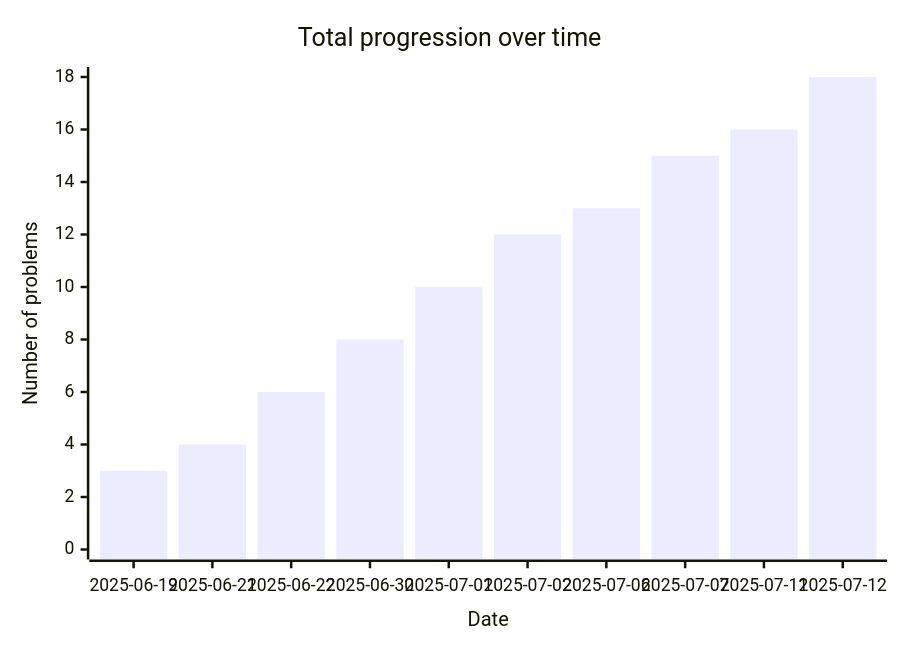
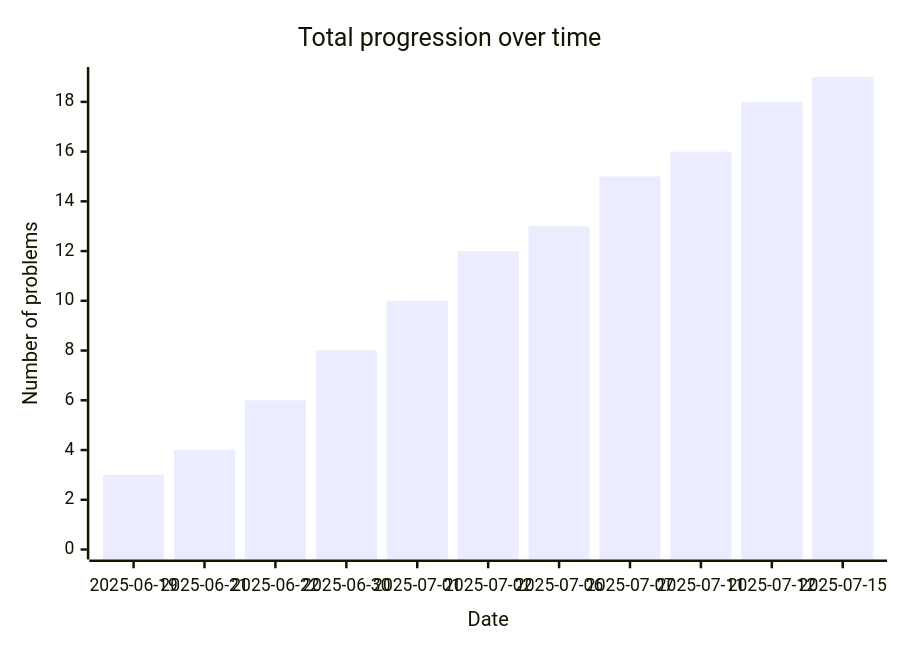
One commit to Hugo-Hbrt/leetcode-diary changed the diagram in README.md. Above: the diagram before and after it, drawn with Mermaid. The commit also changed other lines of this file and 1 other file, not shown here.

Commit message:
[BOT] Update README files

````diff
--- a/README.md
+++ b/README.md
@@ -14,10 +14,10 @@
 ```mermaid
 ---
 config:
 ---
 xychart-beta
     title "Total progression over time"
-    x-axis Date[2025-06-19, 2025-06-21, 2025-06-22, 2025-06-30, 2025-07-01, 2025-07-02, 2025-07-06, 2025-07-07, 2025-07-11, 2025-07-12]
-    y-axis "Number of problems" 0 --> 18
-    bar[3, 4, 6, 8, 10, 12, 13, 15, 16, 18]
+    x-axis Date[2025-06-19, 2025-06-21, 2025-06-22, 2025-06-30, 2025-07-01, 2025-07-02, 2025-07-06, 2025-07-07, 2025-07-11, 2025-07-12, 2025-07-15]
+    y-axis "Number of problems" 0 --> 19
+    bar[3, 4, 6, 8, 10, 12, 13, 15, 16, 18, 19]
 ```
````
